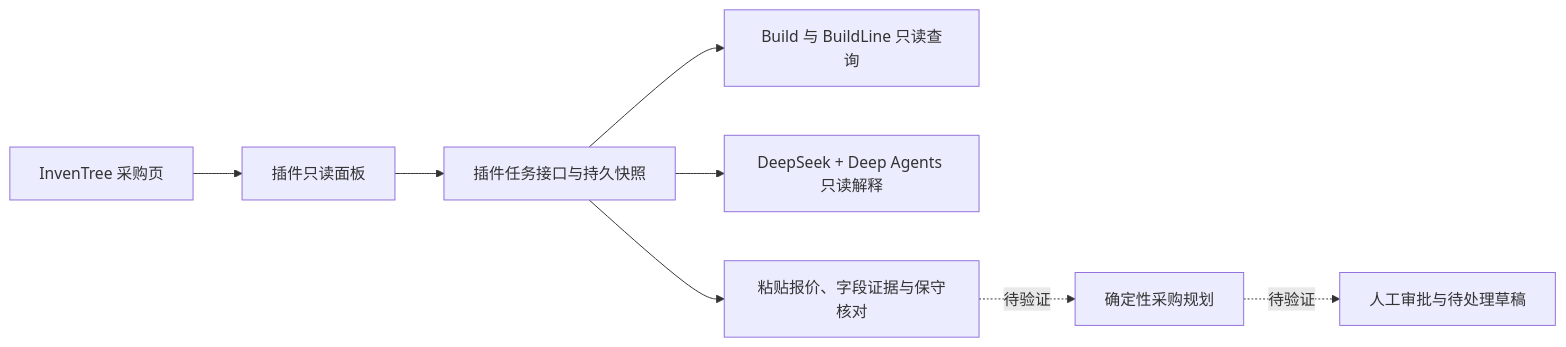
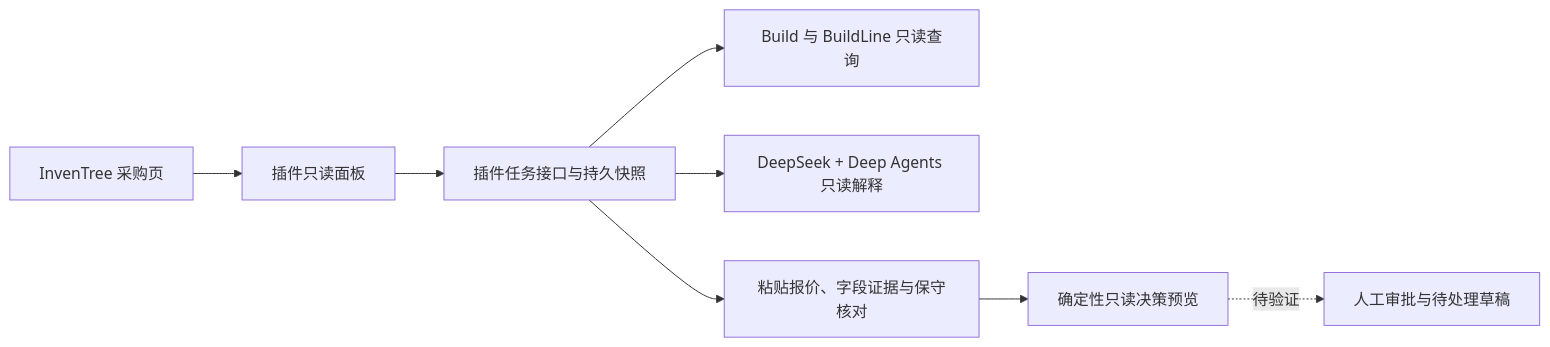
Before and after one commit to QIANG-t/deepagents: the diagram in examples/inventree-procurement-agent/docs/interview_notes.zh-CN.md, drawn with Mermaid. The commit also changed other lines of this file and 18 other files, not shown here.

````diff
--- a/examples/inventree-procurement-agent/docs/interview_notes.zh-CN.md
+++ b/examples/inventree-procurement-agent/docs/interview_notes.zh-CN.md
@@ -11,10 +11,10 @@
 ```mermaid
 flowchart LR
     A[InvenTree 采购页] --> B[插件只读面板]
     B --> C[插件任务接口与持久快照]
     C --> G[Build 与 BuildLine 只读查询]
     C --> D[DeepSeek + Deep Agents 只读解释]
     C --> E[粘贴报价、字段证据与保守核对]
-    E -. 待验证 .-> F[确定性采购规划]
+    E --> F[确定性只读决策预览]
     F -. 待验证 .-> H[人工审批与待处理草稿]
 ```
````
